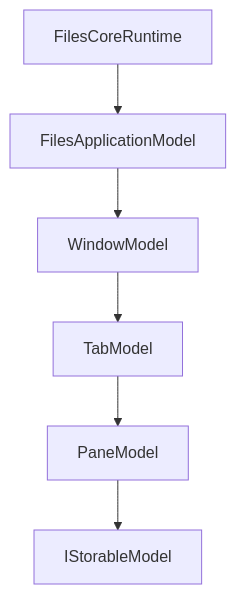
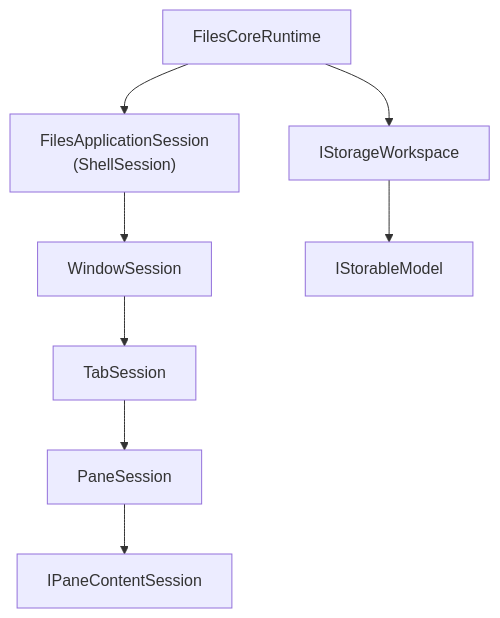
Before and after one commit to 0x5bfa/ReFiles: the second of 2 diagrams in docs/README.md, drawn with Mermaid. The commit also changed other lines of this file and 93 other files, not shown here.

Commit message:
Rearchitect application state management

````diff
--- a/docs/README.md
+++ b/docs/README.md
@@ -66,15 +73,19 @@
 ```mermaid
 flowchart TB
     Runtime["FilesCoreRuntime"]
-    App["FilesApplicationModel"]
-    Window["WindowModel"]
-    Tab["TabModel"]
-    Pane["PaneModel"]
+    Workspace["IStorageWorkspace"]
+    App["FilesApplicationSession<br/>(ShellSession)"]
+    Window["WindowSession"]
+    Tab["TabSession"]
+    Pane["PaneSession"]
+    Content["IPaneContentSession"]
     Item["IStorableModel"]
 
+    Runtime --> Workspace
     Runtime --> App
     App --> Window
     Window --> Tab
     Tab --> Pane
-    Pane --> Item
+    Pane --> Content
+    Workspace --> Item
 ```
````
